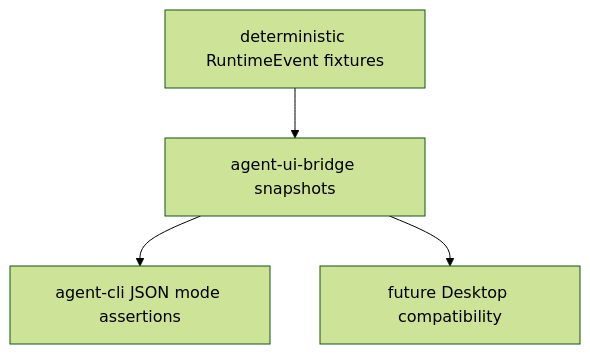
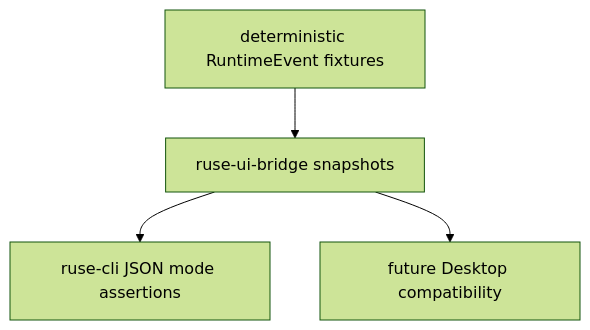
One commit to poneding/agent changed the diagram in docs/specs/M06-04-bridge-snapshots.spec.md. Above: the diagram before and after it, drawn with Mermaid (forest theme). The commit also changed other lines of this file and 2091 other files, not shown here.

First line of the commit message:
refactor: rename agent branding to ruse

````diff
--- a/docs/specs/M06-04-bridge-snapshots.spec.md
+++ b/docs/specs/M06-04-bridge-snapshots.spec.md
@@ -31,6 +31,6 @@
 ```mermaid
 flowchart TD
-  fixture["deterministic RuntimeEvent fixtures"] --> bridge["agent-ui-bridge snapshots"]
-  bridge --> cli["agent-cli JSON mode assertions"]
+  fixture["deterministic RuntimeEvent fixtures"] --> bridge["ruse-ui-bridge snapshots"]
+  bridge --> cli["ruse-cli JSON mode assertions"]
   bridge --> desktop["future Desktop compatibility"]
 ```
````
